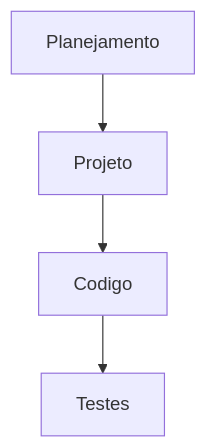
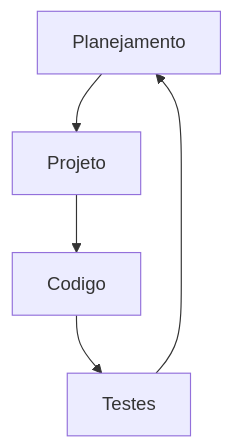
One commit to vanessacezarn/3_Semestre changed the second of 2 diagrams in Engenharia e Requisitos de Software/aula_05 19.03.md. Above: the diagram before and after it, drawn with Mermaid.

Commit message:
Update aula_05 19.03.md

````diff
--- a/Engenharia e Requisitos de Software/aula_05 19.03.md
+++ b/Engenharia e Requisitos de Software/aula_05 19.03.md
@@ -28,8 +28,10 @@
 ```mermaid
 graph TD;
     Planejamento-->Projeto
     Projeto --> Codigo;
     Codigo --> Testes;
+    Testes --> Planejamento;
+   
    
         
 ```
````
